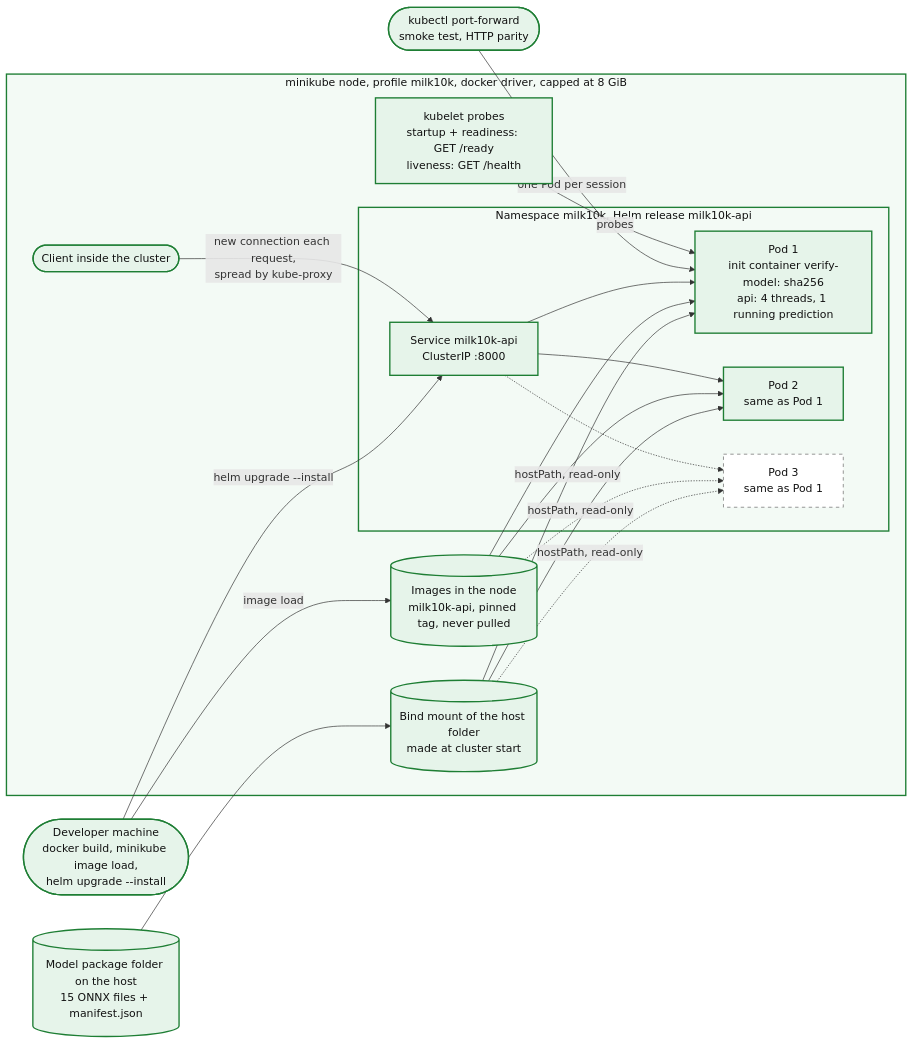
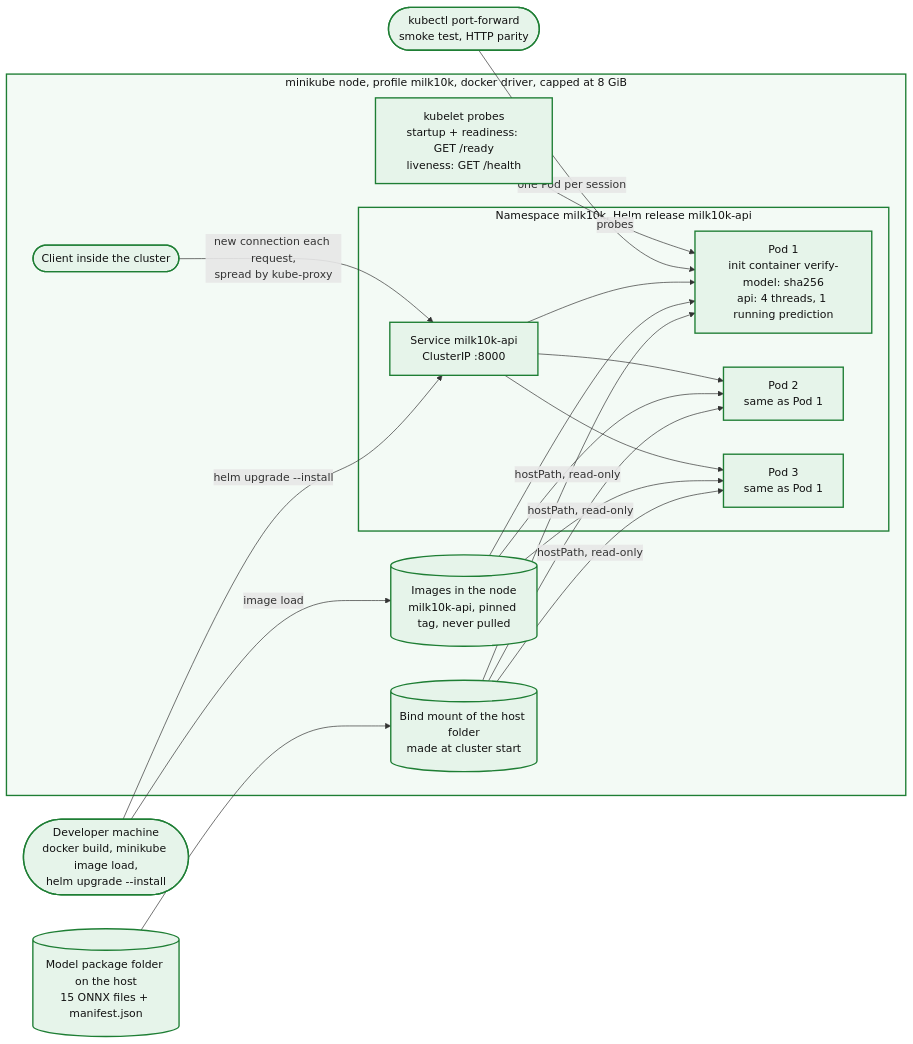
Before and after one commit to Yogurt01/milk10k-skin-lesion-mlops: the fifth of 5 diagrams in docs/architecture.md, drawn with Mermaid. The commit also changed other lines of this file and 2 other files, not shown here.

````diff
--- a/docs/architecture.md
+++ b/docs/architecture.md
@@ -299,42 +299,40 @@
 ```mermaid
 flowchart LR
     dev(["Developer machine<br/>docker build, minikube image load,<br/>helm upgrade --install"])
     hostdir[("Model package folder on the host<br/>15 ONNX files + manifest.json")]
     pf(["kubectl port-forward<br/>smoke test, HTTP parity"])
 
     subgraph node["minikube node, profile milk10k, docker driver, capped at 8 GiB"]
         images[("Images in the node<br/>milk10k-api, pinned tag, never pulled")]
         mnt[("Bind mount of the host folder<br/>made at cluster start")]
         kubelet["kubelet probes<br/>startup + readiness: GET /ready<br/>liveness: GET /health"]
         incl(["Client inside the cluster"])
         subgraph ns["Namespace milk10k, Helm release milk10k-api"]
             svc["Service milk10k-api<br/>ClusterIP :8000"]
             p1["Pod 1<br/>init container verify-model: sha256<br/>api: 4 threads, 1 running prediction"]
             p2["Pod 2<br/>same as Pod 1"]
             p3["Pod 3<br/>same as Pod 1"]
         end
     end
 
     dev -->|"image load"| images
     dev -->|"helm upgrade --install"| svc
     hostdir --> mnt
     mnt -->|"hostPath, read-only"| p1
     mnt -->|"hostPath, read-only"| p2
-    mnt -.->|"hostPath, read-only"| p3
+    mnt -->|"hostPath, read-only"| p3
     images --> p1
     images --> p2
-    images -.-> p3
+    images --> p3
     incl -->|"new connection each request,<br/>spread by kube-proxy"| svc
     svc --> p1
     svc --> p2
-    svc -.-> p3
+    svc --> p3
     pf -->|"one Pod per session"| p1
     kubelet -->|"probes"| p1
 
     classDef implemented fill:#e6f4ea,stroke:#1e7e34,stroke-width:2px,color:#111111
-    classDef planned fill:#ffffff,stroke:#666666,stroke-width:1px,stroke-dasharray:5 5,color:#111111
-    class dev,hostdir,pf,images,mnt,kubelet,incl,svc,p1,p2 implemented
-    class p3 planned
+    class dev,hostdir,pf,images,mnt,kubelet,incl,svc,p1,p2,p3 implemented
     style node fill:#f3faf5,stroke:#1e7e34,stroke-width:2px,color:#111111
     style ns fill:#f3faf5,stroke:#1e7e34,stroke-width:2px,color:#111111
 ```
````
